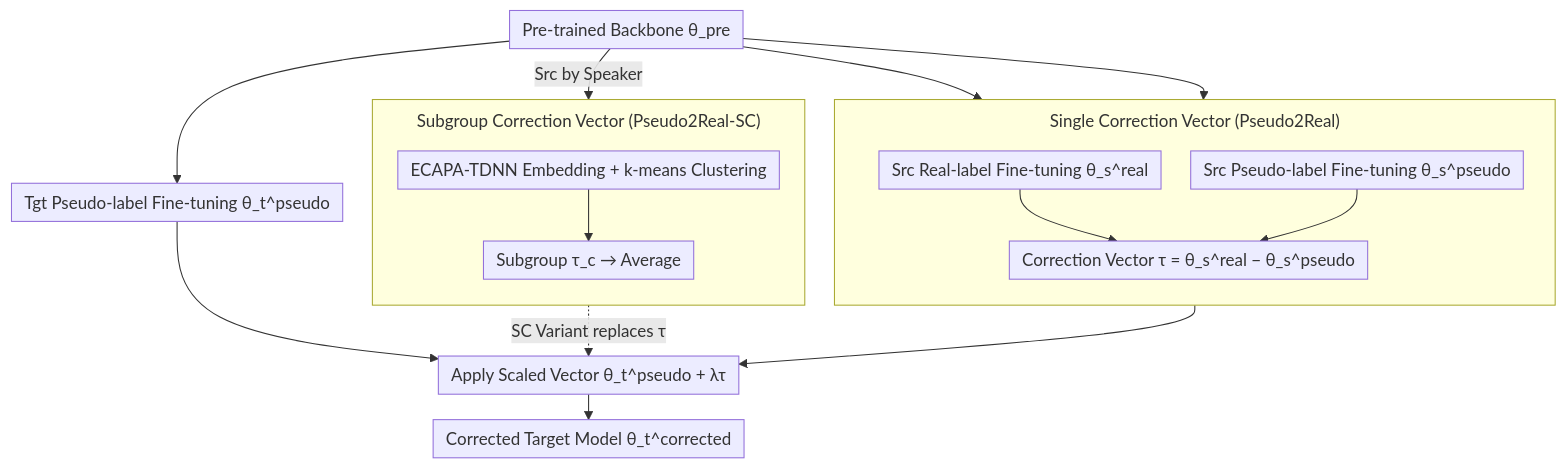
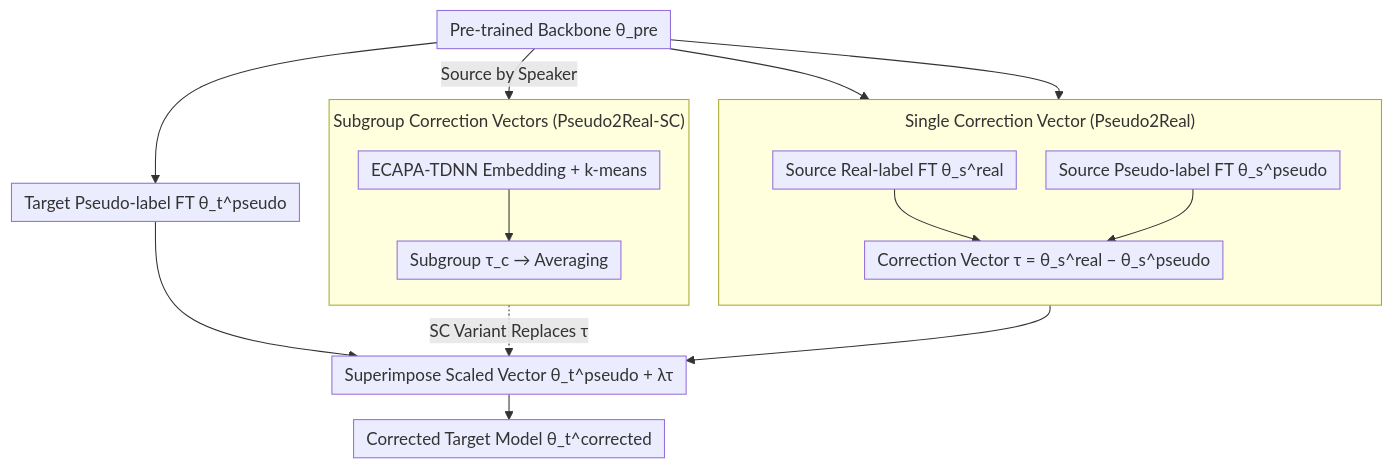
One commit to zhaoyang97/Paper-Notes-en changed the diagram in docs/ACL2026/audio_speech/pseudo2real_task_arithmetic_for_pseudo-label_correction_in_automatic_speech_reco.md. Above: the diagram before and after it, drawn with Mermaid. The commit also changed other lines of this file and 5084 other files, not shown here.

````diff
--- a/docs/ACL2026/audio_speech/pseudo2real_task_arithmetic_for_pseudo-label_correction_in_automatic_speech_reco.md
+++ b/docs/ACL2026/audio_speech/pseudo2real_task_arithmetic_for_pseudo-label_correction_in_automatic_speech_reco.md
@@ -45,25 +45,25 @@
 ```mermaid
 %%{init: {'flowchart': {'rankSpacing': 24, 'nodeSpacing': 28, 'padding': 6, 'wrappingWidth': 400, 'subGraphTitleMargin': {'top': 8, 'bottom': 16}}}}%%
 flowchart TD
     P["Pre-trained Backbone θ_pre"]
-    P --> SR["Src Real-label Fine-tuning θ_s^real"]
-    P --> SP["Src Pseudo-label Fine-tuning θ_s^pseudo"]
-    P --> TP["Tgt Pseudo-label Fine-tuning θ_t^pseudo"]
-    P -->|Src by Speaker| CL["ECAPA-TDNN Embedding + k-means Clustering"]
+    P --> SR["Source Real-label FT θ_s^real"]
+    P --> SP["Source Pseudo-label FT θ_s^pseudo"]
+    P --> TP["Target Pseudo-label FT θ_t^pseudo"]
+    P -->|Source by Speaker| CL["ECAPA-TDNN Embedding + k-means"]
 
     subgraph D1["Single Correction Vector (Pseudo2Real)"]
         direction TB
         SR --> TAU["Correction Vector τ = θ_s^real − θ_s^pseudo"]
         SP --> TAU
     end
 
-    subgraph D2["Subgroup Correction Vector (Pseudo2Real-SC)"]
+    subgraph D2["Subgroup Correction Vectors (Pseudo2Real-SC)"]
         direction TB
-        CL --> TAUC["Subgroup τ_c → Average"]
+        CL --> TAUC["Subgroup τ_c → Averaging"]
     end
 
-    TAU --> ADD["Apply Scaled Vector θ_t^pseudo + λτ"]
-    TAUC -.SC Variant replaces τ.-> ADD
+    TAU --> ADD["Superimpose Scaled Vector θ_t^pseudo + λτ"]
+    TAUC -.SC Variant Replaces τ.-> ADD
     TP --> ADD
     ADD --> OUT["Corrected Target Model θ_t^corrected"]
 ```
````
